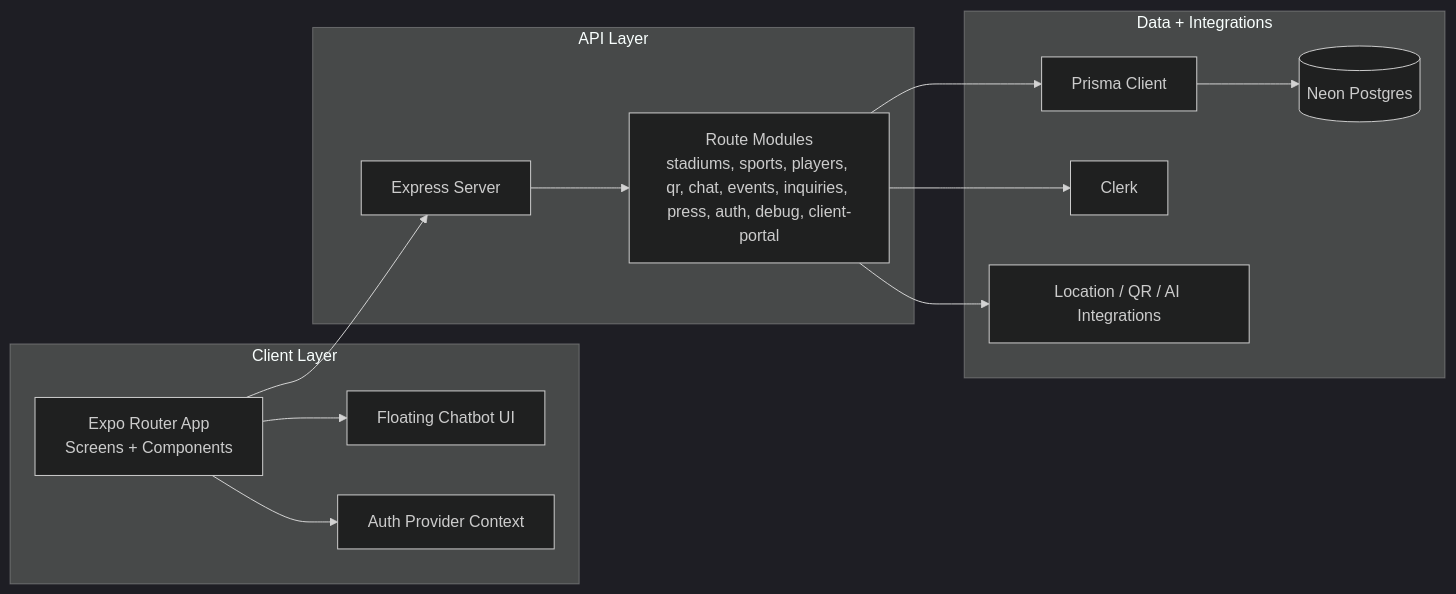
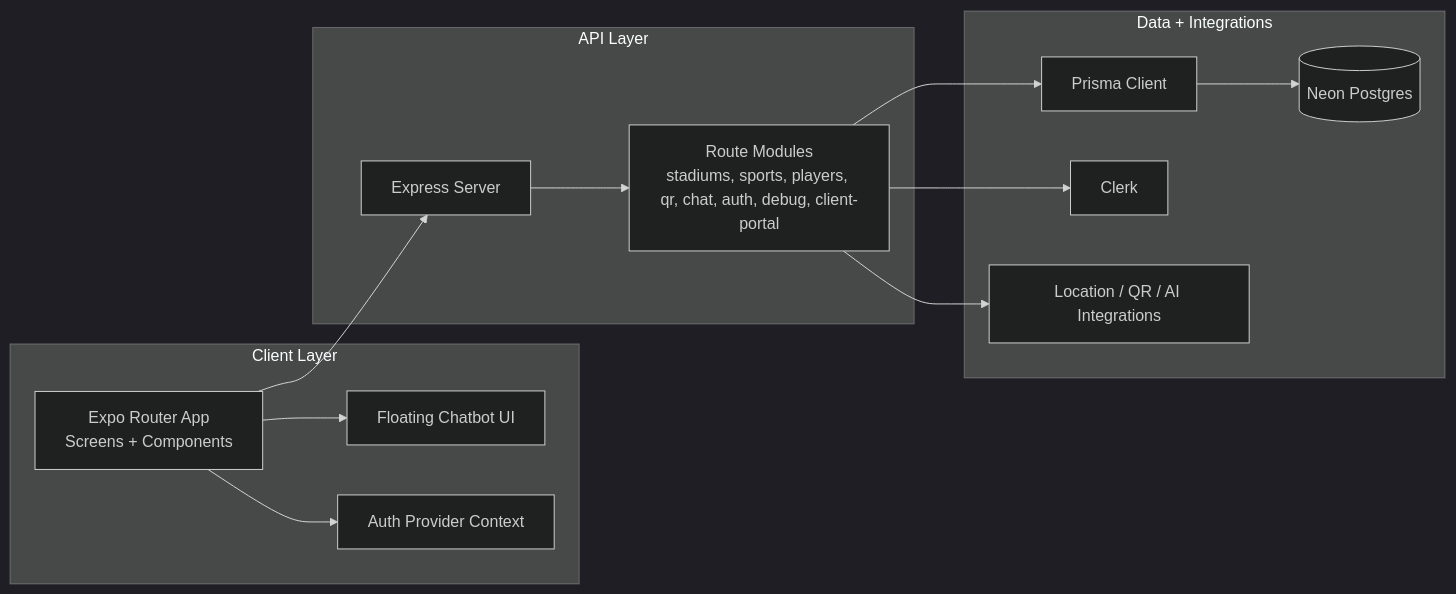
The second of 15 diagrams in README.md (Prakshit0902/InStadiumApp), drawn with Mermaid (dark theme) before and after one commit. The commit also changed other lines of this file, not shown here.

Commit message:
functional mindmap updated

````diff
--- a/README.md
+++ b/README.md
@@ -68,29 +66,29 @@
 ```mermaid
 flowchart LR
       subgraph Client Layer
          app[Expo Router App\nScreens + Components]
          chat[Floating Chatbot UI]
          authctx[Auth Provider Context]
       end
 
       subgraph API Layer
          server[Express Server]
-         routes[Route Modules\nstadiums, sports, players, qr, chat, events, inquiries, press, auth, debug, client-portal]
+         routes[Route Modules\nstadiums, sports, players, qr, chat, auth, debug, client-portal]
       end
 
       subgraph Data + Integrations
          prisma[Prisma Client]
          neon[(Neon Postgres)]
          clerk[Clerk]
          ext[Location / QR / AI Integrations]
       end
 
       app --> authctx
       app --> chat
       app --> server
       server --> routes
       routes --> prisma
       prisma --> neon
       routes --> clerk
       routes --> ext
 ```
````
